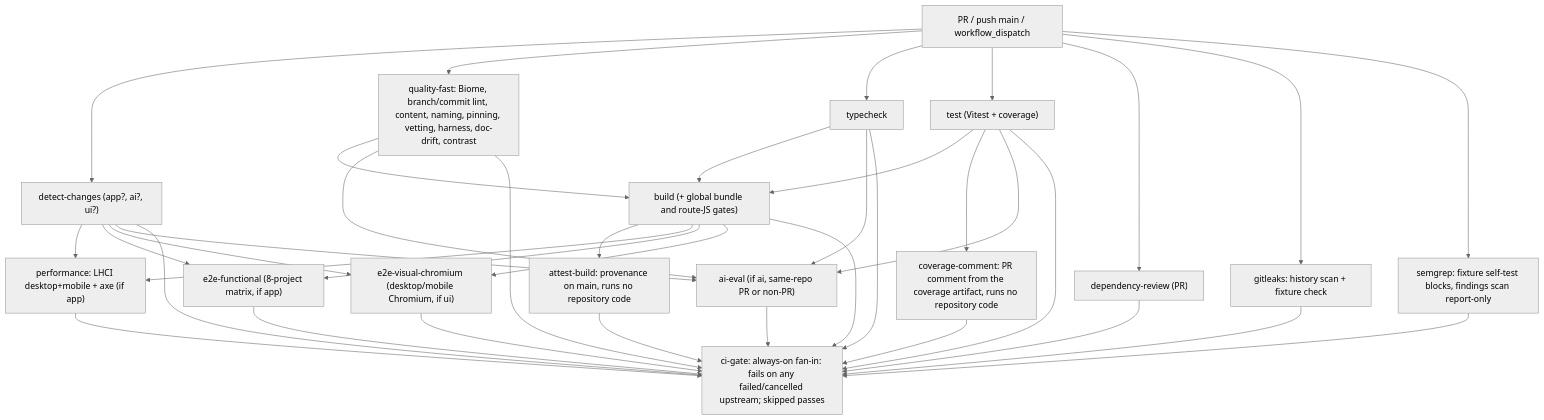
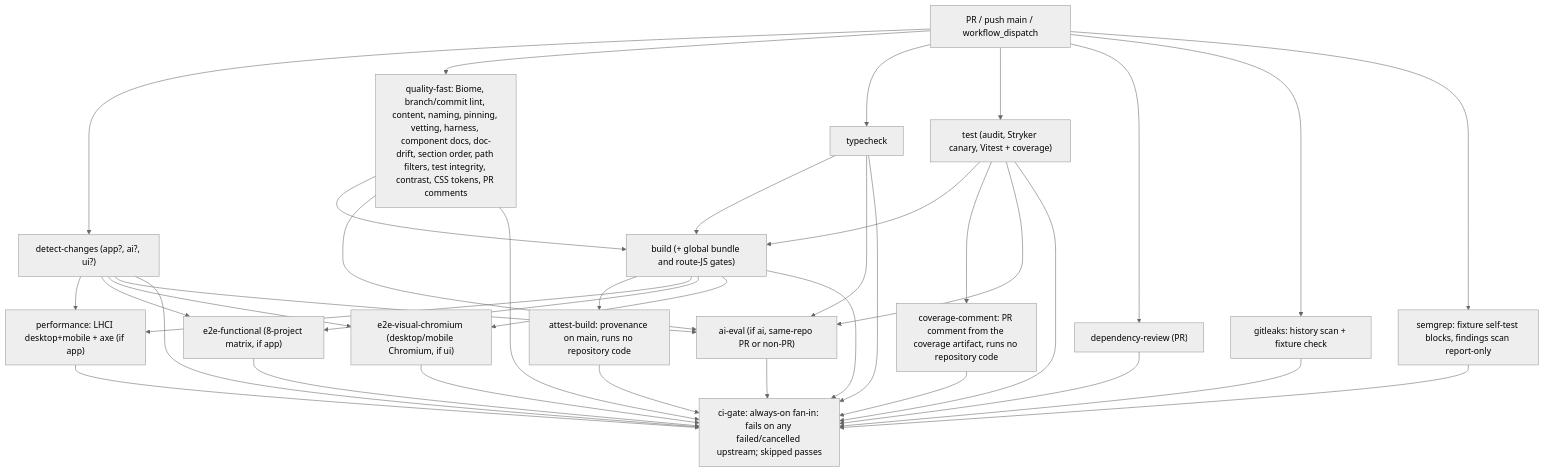
Before and after one commit to erikunha/portfolio: the third of 5 diagrams in docs/07-workflows.md, drawn with Mermaid (neutral theme). The commit also changed other lines of this file and 7 other files, not shown here.

````diff
--- a/docs/07-workflows.md
+++ b/docs/07-workflows.md
@@ -144,40 +161,40 @@
 ```mermaid
 flowchart TD
     pr["PR / push main / workflow_dispatch"] --> dc["detect-changes (app?, ai?, ui?)"]
-    pr --> qf["quality-fast: Biome, branch/commit lint, content, naming, pinning, vetting, harness, doc-drift, contrast"]
+    pr --> qf["quality-fast: Biome, branch/commit lint, content, naming, pinning, vetting, harness, component docs, doc-drift, section order, path filters, test integrity, contrast, CSS tokens, PR comments"]
     pr --> tc["typecheck"]
-    pr --> t["test (Vitest + coverage)"]
+    pr --> t["test (audit, Stryker canary, Vitest + coverage)"]
     pr --> dr["dependency-review (PR)"]
     qf --> b["build (+ global bundle and route-JS gates)"]
     tc --> b
     t --> b
     b --> at["attest-build: provenance on main, runs no repository code"]
     t --> cc["coverage-comment: PR comment from the coverage artifact, runs no repository code"]
     b --> perf["performance: LHCI desktop+mobile + axe (if app)"]
     b --> e2e["e2e-functional (8-project matrix, if app)"]
     b --> vis["e2e-visual-chromium (desktop/mobile Chromium, if ui)"]
     dc --> perf
     dc --> e2e
     dc --> vis
     dc --> ev["ai-eval (if ai, same-repo PR or non-PR)"]
     qf --> ev
     tc --> ev
     t --> ev
     pr --> secrets["gitleaks: history scan + fixture check"]
     secrets --> gate
     pr --> semgrep["semgrep: fixture self-test blocks, findings scan report-only"]
     semgrep --> gate
     dc --> gate
     qf --> gate
     tc --> gate
     t --> gate
     dr --> gate
     b --> gate
     at --> gate
     cc --> gate
     perf --> gate
     e2e --> gate
     vis --> gate
     ev --> gate
     gate["ci-gate: always-on fan-in: fails on any failed/cancelled upstream; skipped passes"]
 ```
````
